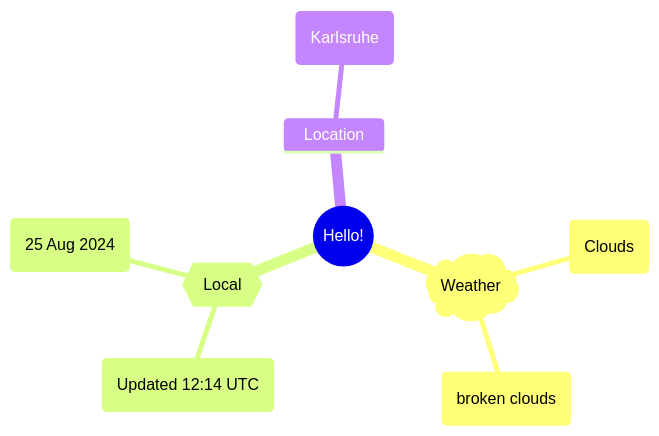
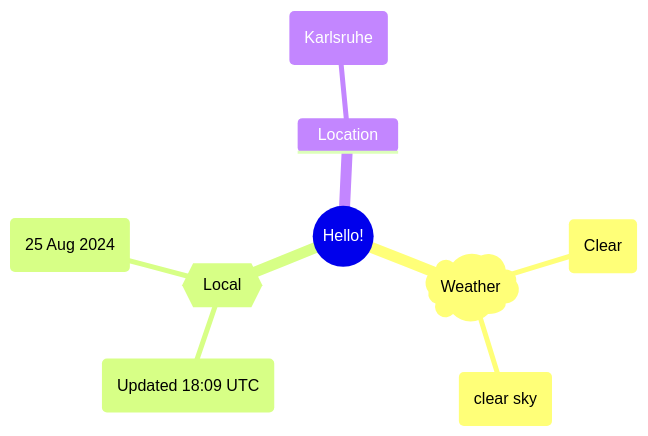
The first of 2 diagrams in README.md (Xosrov/Xosrov), drawn with Mermaid before and after one commit.

Commit message:
[bot] updated images

````diff
--- a/README.md
+++ b/README.md
@@ -3,12 +3,12 @@
 ```mermaid
 mindmap
   root((Hello!))
     )Weather(
-        (Clouds)
-        (broken clouds)
+        (Clear)
+        (clear sky)
     {{Local}}
-        (Updated 12:14 UTC)
+        (Updated 18:09 UTC)
         (25 Aug 2024)
     Location
         (Karlsruhe)
 ```
````
